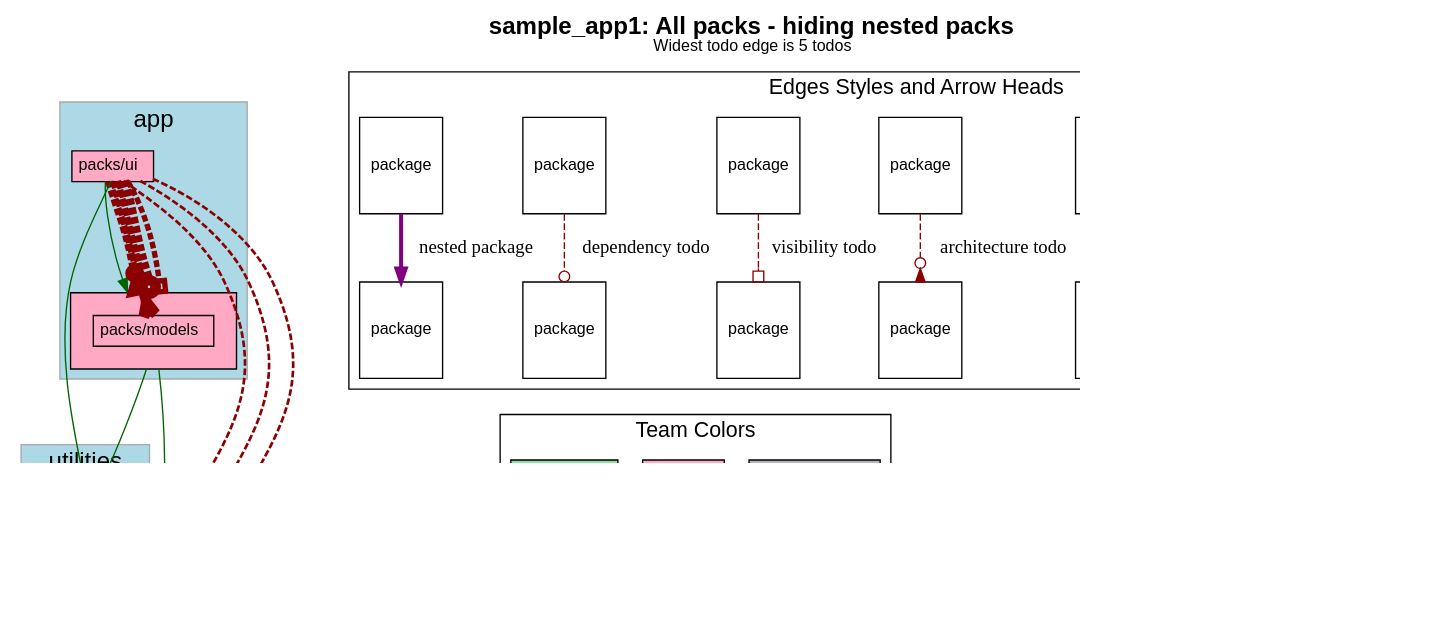
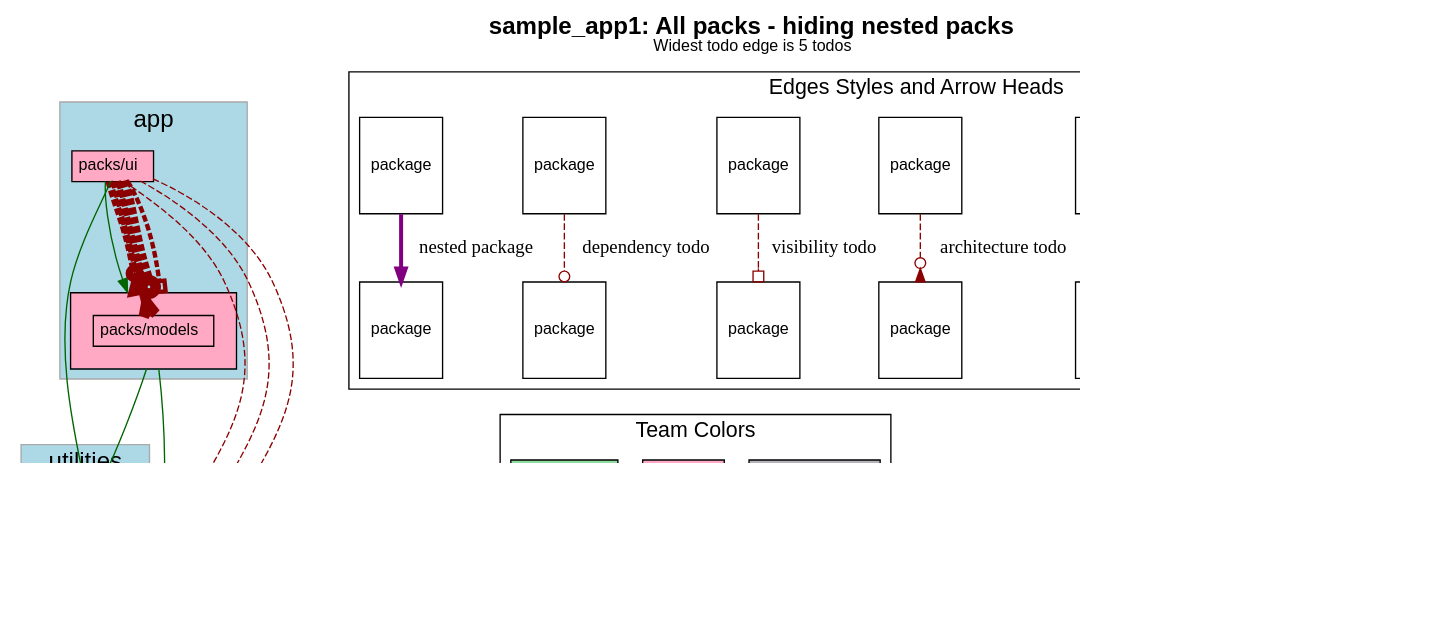
The diagram in spec/sample_app1/test_output/roll_nested_into_parent_packs.dot (rubyatscale/visualize_packs), drawn with Graphviz before and after one commit. The commit also changed 14 other files, not shown here.

```diff
--- a/spec/sample_app1/test_output/roll_nested_into_parent_packs.dot
+++ b/spec/sample_app1/test_output/roll_nested_into_parent_packs.dot
@@ -1,192 +1,192 @@
 digraph package_diagram {
   rankdir=TD
   graph [
     labelloc="t"
     fontname="Helvetica,Arial,sans-serif"
     dpi=100
     layout=dot
     label=<<b>sample_app1: All packs - hiding nested packs</b><br/><font point-size='12'>Widest todo edge is 5 todos</font>>
     fontsize=18
   ]
   node [
     fontname="Helvetica,Arial,sans-serif"
     fontsize=26.0
     fontcolor=black
     fillcolor=white
     color=black
     height=1.0
     style=filled
     shape=plain
   ]
     subgraph app {
       shape=box
       color=darkgrey
       fillcolor=lightblue
       style=filled
         label="app"
         cluster=true
         rank = 0        "packs/models" [
             fontsize=12.0
               URL="https://github.com/rubyatscale/visualize_packwerk/tree/main/spec/sample_app/packs/models"
 
               style=filled
               fillcolor="#FFA9C5"
             label= <
                 <table border='0' cellborder='1' cellspacing='0' cellpadding='16'><tr><td>
                   <table border='0' cellborder='1' cellspacing='0' cellpadding='4'>
                     <tr> <td port='private'> packs/models </td> </tr>
                   </table>
                 </td></tr></table>
               >
           ]
         
         "packs/ui" [
             fontsize=12.0
               URL="https://github.com/rubyatscale/visualize_packwerk/tree/main/spec/sample_app/packs/ui"
 
               style=filled
               fillcolor="#FFA9C5"
             label= <
                 <table border='0' cellborder='1' cellspacing='0' cellpadding='4'>
                   <tr> <td align='left'> packs/ui </td> </tr>
                 </table>
               >
           ]
         
     }
     subgraph utilities {
       shape=box
       color=darkgrey
       fillcolor=lightblue
       style=filled
         label="utilities"
         cluster=true
         rank = 1        "packs/utility" [
             fontsize=12.0
               URL="https://github.com/rubyatscale/visualize_packwerk/tree/main/spec/sample_app/packs/utility"
 
               style=filled
               fillcolor="#91DBA0"
             label= <
                 <table border='0' cellborder='1' cellspacing='0' cellpadding='4'>
                   <tr> <td align='left'> packs/utility </td> </tr>
                 </table>
               >
           ]
         
     }
               "packs/models" -> "packs/utility" [ style=invis ]
               "packs/ui" -> "packs/utility" [ style=invis ]
     subgraph NotInLayer {
       shape=box
       color=darkgrey
       fillcolor=lightblue
       style=filled
         cluster=false
         "." [
             fontsize=12.0
               URL="https://github.com/rubyatscale/visualize_packwerk/tree/main/spec/sample_app/"
 
               style=filled
               fillcolor="#B5B4BD"
             label= <
                 <table border='0' cellborder='1' cellspacing='0' cellpadding='4'>
                   <tr> <td align='left'> . </td> </tr>
                 </table>
               >
           ]
         
     }
               "packs/utility" -> "." [ style=invis ]
           "packs/models" -> "packs/utility" [ color=darkgreen ]
           "packs/models" -> "." [ color=darkgreen ]
           "packs/ui" -> "packs/models" [ color=darkgreen ]
           "packs/ui" -> "packs/utility" [ color=darkgreen ]
             "packs/ui" -> "." [ color=darkred style=dashed
               constraint=false
               # headlabel="dependency"
                 arrowhead=odot
-              penwidth=2            ]
+              penwidth=1.0            ]
             "packs/ui" -> "." [ color=darkred style=dashed
               constraint=false
               # headlabel="architecture"
                 arrowhead=invodot
-              penwidth=2            ]
+              penwidth=1.0            ]
             "packs/ui" -> "." [ color=darkred style=dashed
               constraint=false
               # headlabel="visibility"
                 arrowhead=obox
-              penwidth=2            ]
+              penwidth=1.0            ]
             "packs/ui" -> "packs/models" [ color=darkred style=dashed
               constraint=false
               # headlabel="dependency"
                 arrowhead=odot
-              penwidth=10            ]
+              penwidth=10.0            ]
             "packs/ui" -> "packs/models":private [ color=darkred style=dashed
               constraint=false
               # headlabel="privacy"
                 arrowhead=crow
-              penwidth=8            ]
+              penwidth=7.75            ]
             "packs/ui" -> "packs/models" [ color=darkred style=dashed
               constraint=false
               # headlabel="architecture"
                 arrowhead=invodot
-              penwidth=6            ]
+              penwidth=5.5            ]
             "packs/ui" -> "packs/models" [ color=darkred style=dashed
               constraint=false
               # headlabel="visibility"
                 arrowhead=obox
-              penwidth=4            ]
+              penwidth=3.25            ]
     subgraph cluster_legend {
       fontsize=16
       label="Edges Styles and Arrow Heads"
       A [ fontsize=12 shape=box label="package"]
       B [ fontsize=12 shape=box label="package"]
       C [ fontsize=12 shape=box label="package"]
       D [ fontsize=12 shape=box label="package"]
       E [ fontsize=12 shape=box label="package"]
       F [ fontsize=12 shape=box label="package"]
       G [ fontsize=12 shape=box label="package"]
       H [ fontsize=12 shape=box label="package"]
       I [ fontsize=12 shape=box label="package"]
       J [ fontsize=12 shape=box label="package"]
       K [ fontsize=12 shape=box label="package"]
       L [ fontsize=12 shape=box label="package"]
       A -> B [label="accepted dependency" color=darkgreen]
       C -> D [label="privacy todo" color=darkred style=dashed arrowhead=crow]
       E -> F [label="architecture todo" color=darkred style=dashed arrowhead=invodot]
       G -> H [label="visibility todo" color=darkred style=dashed arrowhead=obox]
       I -> J [label="dependency todo" color=darkred style=dashed arrowhead=odot]
       K -> L [label="nested package" color=purple penwidth=3]
     }
   subgraph cluster_teams_legend {
     fontsize=16
     label="Team Colors"
 
       "ProdInfra TeamProdInfra Team" [
         label="ProdInfra Team"
         style=filled
         fillcolor="#B5B4BD"
         fontsize=12
         shape=box
       ]
 
       "UI TeamUI Team" [
         label="UI Team"
         style=filled
         fillcolor="#FFA9C5"
         fontsize=12
         shape=box
       ]
 
       "Utility TeamUtility Team" [
         label="Utility Team"
         style=filled
         fillcolor="#91DBA0"
         fontsize=12
         shape=box
       ]
 
   }
     J -> "Utility TeamUtility Team" [style=invis]
 }
```
